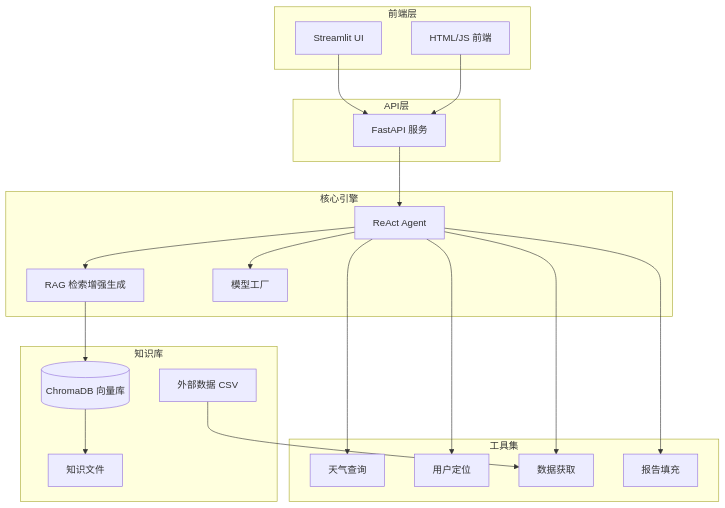
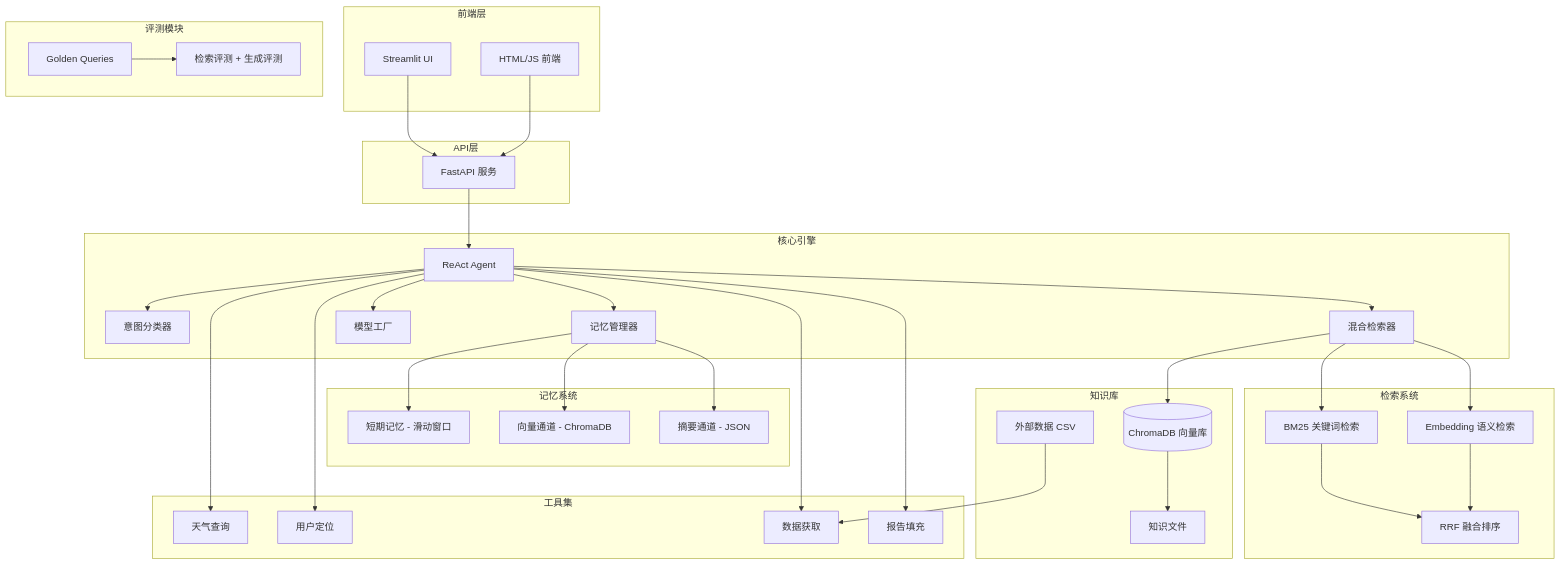
The first of 2 diagrams in README.md (youcaifang66-ops/zhiliantong-agent), drawn with Mermaid before and after one commit. The commit also changed other lines of this file and 29 other files, not shown here.

````diff
--- a/README.md
+++ b/README.md
@@ -36,43 +36,72 @@
 ```mermaid
 graph TB
     subgraph 前端层
         A[Streamlit UI] 
         B[HTML/JS 前端]
     end
     
     subgraph API层
         C[FastAPI 服务]
     end
     
     subgraph 核心引擎
         D[ReAct Agent]
-        E[RAG 检索增强生成]
-        F[模型工厂]
+        E[意图分类器]
+        F[记忆管理器]
+        G[混合检索器]
+        H[模型工厂]
+    end
+    
+    subgraph 记忆系统
+        I[短期记忆 - 滑动窗口]
+        J[向量通道 - ChromaDB]
+        K[摘要通道 - JSON]
+    end
+    
+    subgraph 检索系统
+        L[BM25 关键词检索]
+        M[Embedding 语义检索]
+        N[RRF 融合排序]
     end
     
     subgraph 工具集
-        G[天气查询]
-        H[用户定位]
-        I[数据获取]
-        J[报告填充]
+        O[天气查询]
+        P[用户定位]
+        Q[数据获取]
+        R[报告填充]
     end
     
     subgraph 知识库
-        K[(ChromaDB 向量库)]
-        L[知识文件]
-        M[外部数据 CSV]
+        S[(ChromaDB 向量库)]
+        T[知识文件]
+        U[外部数据 CSV]
+    end
+    
+    subgraph 评测模块
+        V[Golden Queries]
+        W[检索评测 + 生成评测]
     end
     
     A --> C
     B --> C
     C --> D
     D --> E
     D --> F
     D --> G
     D --> H
-    D --> I
-    D --> J
-    E --> K
-    K --> L
-    M --> I
+    F --> I
+    F --> J
+    F --> K
+    G --> L
+    G --> M
+    L --> N
+    M --> N
+    D --> O
+    D --> P
+    D --> Q
+    D --> R
+    G --> S
+    S --> T
+    U --> Q
+    V --> W
 ```
````
